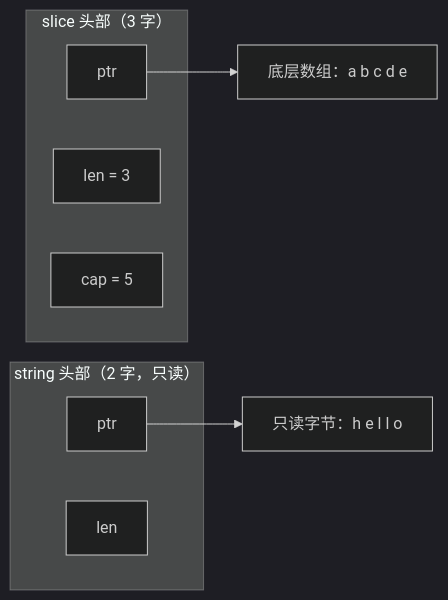
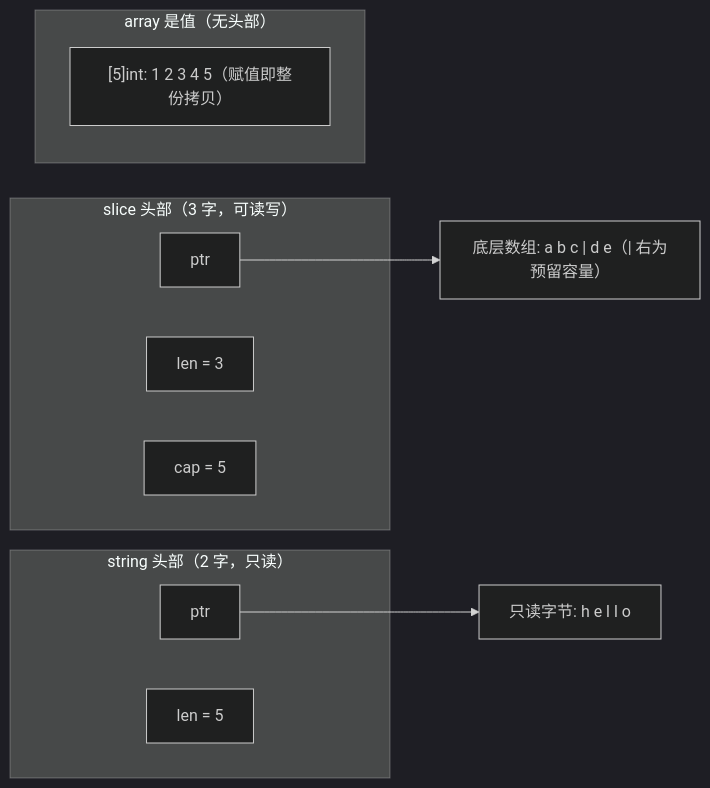
One commit to golang-design/under-the-hood changed the diagram in book/zh-cn/part2lang/ch05data/slice.md. Above: the diagram before and after it, drawn with Mermaid (dark theme). The commit also changed other lines of this file and 4 other files, not shown here.

````diff
--- a/book/zh-cn/part2lang/ch05data/slice.md
+++ b/book/zh-cn/part2lang/ch05data/slice.md
@@ -22,14 +50,17 @@
 ```mermaid
 flowchart LR
-    subgraph S["slice 头部（3 字）"]
-      P[ptr]
+    subgraph SLICE["slice 头部（3 字，可读写）"]
+      P["ptr"]
       L["len = 3"]
       C["cap = 5"]
     end
-    P --> A["底层数组：a b c d e"]
+    P --> ARR["底层数组: a b c | d e（| 右为预留容量）"]
     subgraph STR["string 头部（2 字，只读）"]
-      SP[ptr]
-      SL["len"]
+      SP["ptr"]
+      SL["len = 5"]
     end
-    SP --> B["只读字节：h e l l o"]
+    SP --> BYTES["只读字节: h e l l o"]
+    subgraph ARRV["array 是值（无头部）"]
+      AV["[5]int: 1 2 3 4 5（赋值即整份拷贝）"]
+    end
 ```
````
